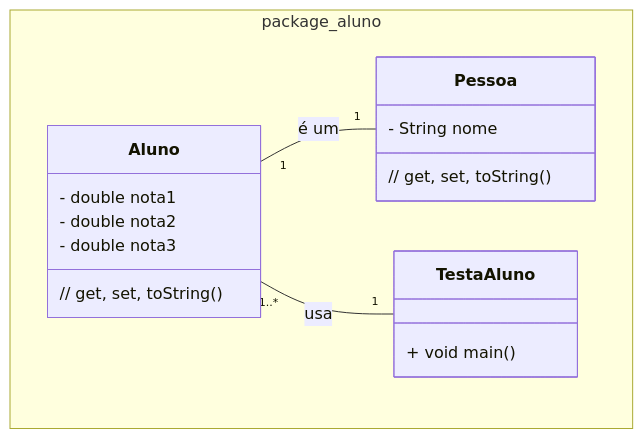
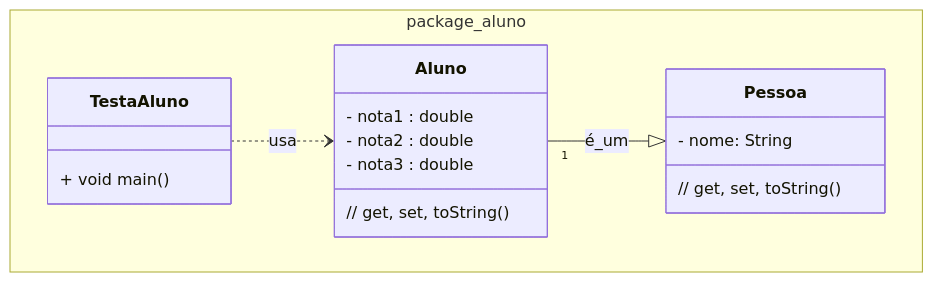
One commit to ap3ufersa/ap3_2024.3_xicoArruda changed the diagram in unidade1/aula6.md. Above: the diagram before and after it, drawn with Mermaid. The commit also changed other lines of this file and 5 other files, not shown here.

````diff
--- a/unidade1/aula6.md
+++ b/unidade1/aula6.md
@@ -7,23 +7,23 @@
 ```mermaid
 classDiagram
     namespace package_aluno {
         class Pessoa {
-            - String nome
+            - nome: String 
             // get, set, toString()
         }
 
         class Aluno {
-            - double nota1
-            - double nota2
-            - double nota3
+            - nota1 : double
+            - nota2 : double
+            - nota3 : double
             // get, set, toString()
         }
 
         class TestaAluno {
             + void main()
         }
     }
 
-    Aluno "1..*" -- "1" TestaAluno : usa
-    Aluno "1" -- "1" Pessoa : é um
+    Aluno "1" --|> Pessoa : é_um
+    TestaAluno ..> Aluno : usa
 ```
````
